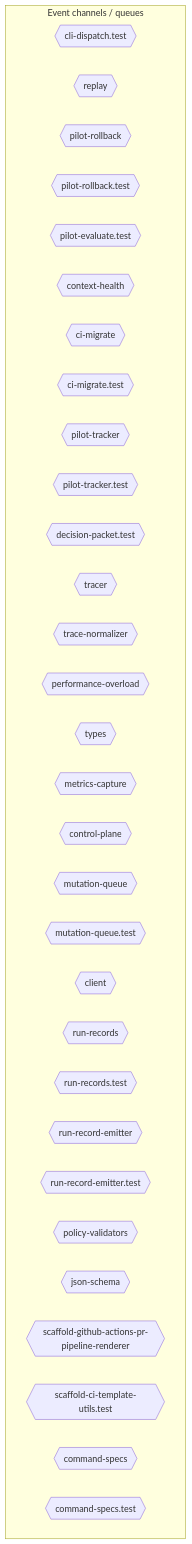
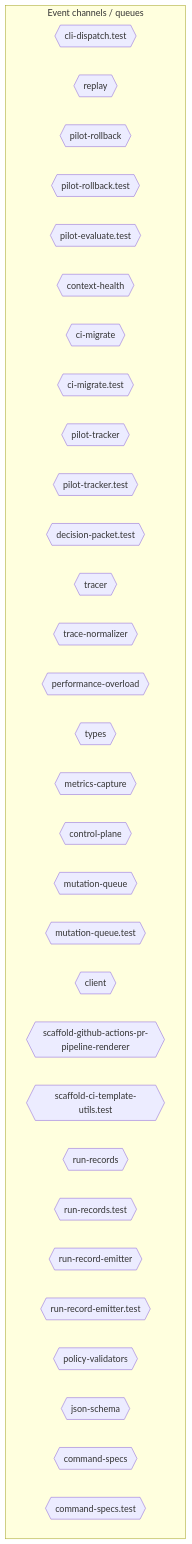
One commit to jscraik/coding-harness changed the sixth of 10 diagrams in AI/context/diagram-context.md. Above: the diagram before and after it, drawn with Mermaid. The commit also changed other lines of this file, not shown here.

First line of the commit message:
chore(diagram): refresh architecture context artifact

````diff
--- a/AI/context/diagram-context.md
+++ b/AI/context/diagram-context.md
@@ -2077,37 +2088,37 @@
 ```mermaid
 flowchart TD
   subgraph Channels["Event channels / queues"]
     cli_dispatch_test_54c9f17b{{"cli-dispatch.test"}}
     replay_ac203c98{{"replay"}}
     pilot_rollback_00c1f82c{{"pilot-rollback"}}
     pilot_rollback_test_e61d5a2b{{"pilot-rollback.test"}}
     pilot_evaluate_test_a2ac06fc{{"pilot-evaluate.test"}}
     context_health_80bb7da9{{"context-health"}}
     ci_migrate_78bb70b1{{"ci-migrate"}}
     ci_migrate_test_2a015bb9{{"ci-migrate.test"}}
     pilot_tracker_5c767813{{"pilot-tracker"}}
     pilot_tracker_test_80398a66{{"pilot-tracker.test"}}
     decision_packet_test_9ea0e97b{{"decision-packet.test"}}
     tracer_1e6243a2{{"tracer"}}
     trace_normalizer_cb1be1d2{{"trace-normalizer"}}
     performance_overload_c685bfcf{{"performance-overload"}}
-    types_9_1db4641f{{"types"}}
+    types_10_75e5a4a0{{"types"}}
     metrics_capture_1d1a2c08{{"metrics-capture"}}
     control_plane_96826665{{"control-plane"}}
     mutation_queue_ce5a530e{{"mutation-queue"}}
     mutation_queue_test_10b599e8{{"mutation-queue.test"}}
     client_1_914e1681{{"client"}}
+    scaffold_github_actions_pr_pipeline_renderer_1ee18de5{{"scaffold-github-actions-pr-pipeline-renderer"}}
+    scaffold_ci_template_utils_test_b94825d9{{"scaffold-ci-template-utils.test"}}
     run_records_f616aa7c{{"run-records"}}
     run_records_test_3ee6a0e3{{"run-records.test"}}
     run_record_emitter_00168a3a{{"run-record-emitter"}}
     run_record_emitter_test_5475c0da{{"run-record-emitter.test"}}
     policy_validators_6682e192{{"policy-validators"}}
     json_schema_74a768d7{{"json-schema"}}
-    scaffold_github_actions_pr_pipeline_renderer_1ee18de5{{"scaffold-github-actions-pr-pipeline-renderer"}}
-    scaffold_ci_template_utils_test_b94825d9{{"scaffold-ci-template-utils.test"}}
     command_specs_69167c63{{"command-specs"}}
     command_specs_test_7f693e85{{"command-specs.test"}}
   end
   classDef eventNode fill:#db2777,color:#fff
 
 ```
````
